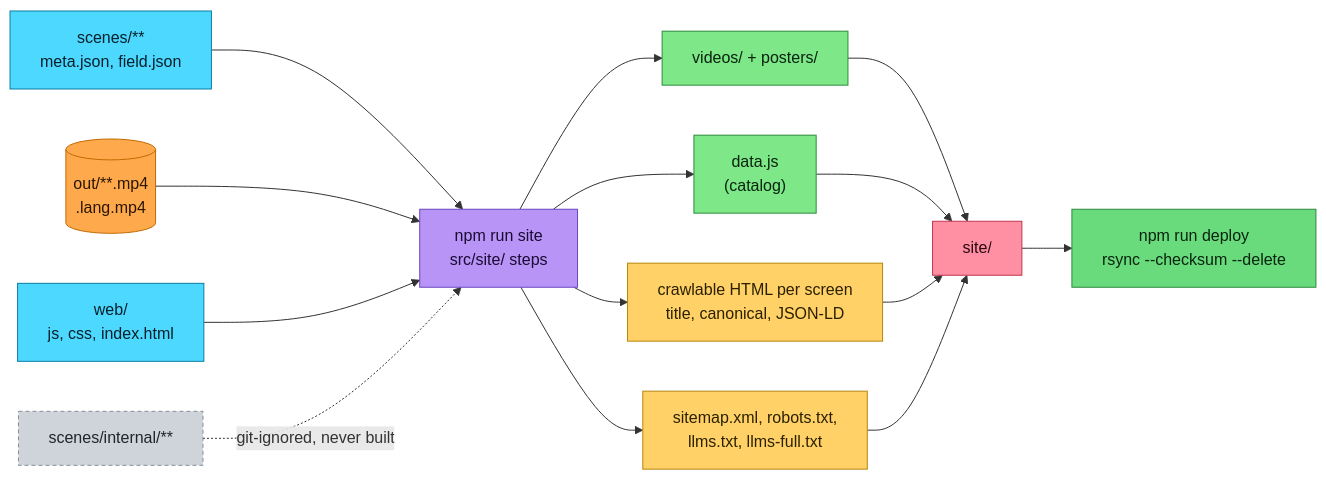
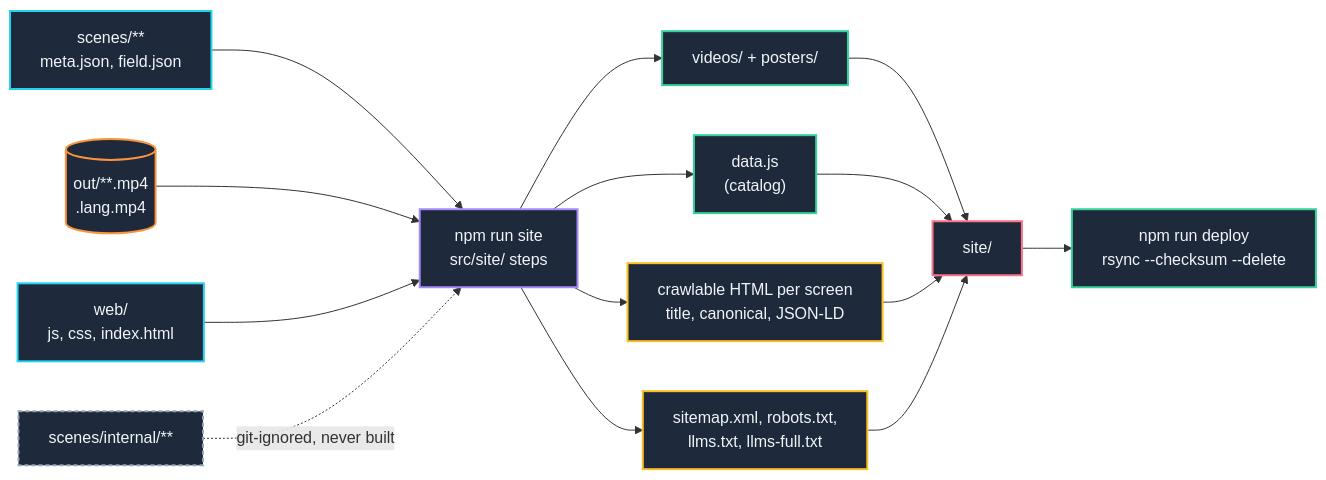
Before and after one commit to chuongdang/web-animation-to-video: the fourth of 5 diagrams in README.md, drawn with Mermaid. The commit also changed other lines of this file, not shown here.

Commit message:
[nokey] update diagrams

````diff
--- a/README.md
+++ b/README.md
@@ -187,23 +187,23 @@
 ```mermaid
 flowchart LR
     SC["scenes/**<br/>meta.json, field.json"]:::src --> B
     OUT[("out/**.mp4<br/>.lang.mp4")]:::out --> B
     WEB["web/<br/>js, css, index.html"]:::src --> B
     B["npm run site<br/>src/site/ steps"]:::build
     B --> V["videos/ + posters/"]:::asset
     B --> D["data.js<br/>(catalog)"]:::asset
     B --> P["crawlable HTML per screen<br/>title, canonical, JSON-LD"]:::seo
     B --> K["sitemap.xml, robots.txt,<br/>llms.txt, llms-full.txt"]:::seo
     V & D & P & K --> SITE["site/"]:::site --> DEP["npm run deploy<br/>rsync --checksum --delete"]:::deploy
 
     X["scenes/internal/**"]:::skip -. "git-ignored, never built" .-> B
 
-    classDef src fill:#4dd8ff,stroke:#0a7ea4,color:#06202b
-    classDef out fill:#ffa94d,stroke:#c26a00,color:#2b1600
-    classDef build fill:#b794f6,stroke:#6b46c1,color:#1a0b33
-    classDef asset fill:#7ee787,stroke:#2e8b3d,color:#08240f
-    classDef seo fill:#ffd166,stroke:#b8860b,color:#2b2100
-    classDef site fill:#ff8fa3,stroke:#c0364f,color:#2b0610
-    classDef deploy fill:#69db7c,stroke:#2b8a3e,color:#08240f
-    classDef skip fill:#ced4da,stroke:#868e96,color:#212529,stroke-dasharray:4 3
+    classDef src fill:#1e293b,stroke:#22d3ee,stroke-width:2px,color:#f1f5f9
+    classDef out fill:#1e293b,stroke:#fb923c,stroke-width:2px,color:#f1f5f9
+    classDef build fill:#1e293b,stroke:#a78bfa,stroke-width:2px,color:#f1f5f9
+    classDef asset fill:#1e293b,stroke:#34d399,stroke-width:2px,color:#f1f5f9
+    classDef seo fill:#1e293b,stroke:#fbbf24,stroke-width:2px,color:#f1f5f9
+    classDef site fill:#1e293b,stroke:#fb7185,stroke-width:2px,color:#f1f5f9
+    classDef deploy fill:#1e293b,stroke:#34d399,stroke-width:2px,color:#f1f5f9
+    classDef skip fill:#1e293b,stroke:#94a3b8,stroke-width:2px,color:#f1f5f9,stroke-dasharray:4 3
 ```
````
